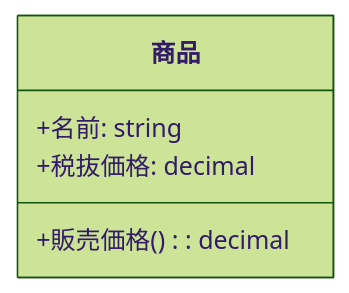
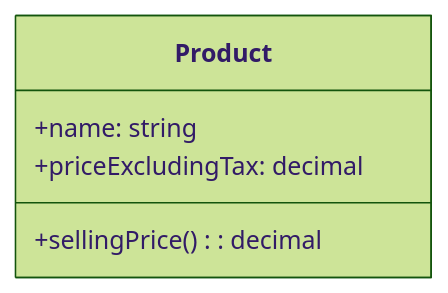
One commit to baseballyama/blog changed the third of 4 diagrams in posts/20260211-abstraction-and-generalization/en.md. Above: the diagram before and after it, drawn with Mermaid (forest theme). The commit also changed other lines of this file and 3 other files, not shown here.

Commit message:
fix: translate mermaid labels in the English post (#8)

````diff
--- a/posts/20260211-abstraction-and-generalization/en.md
+++ b/posts/20260211-abstraction-and-generalization/en.md
@@ -122,8 +122,8 @@
 ```mermaid
 classDiagram
-    class 商品 {
-        +名前: string
-        +税抜価格: decimal
-        +販売価格(): decimal
+    class Product {
+        +name: string
+        +priceExcludingTax: decimal
+        +sellingPrice(): decimal
     }
 ```
````
